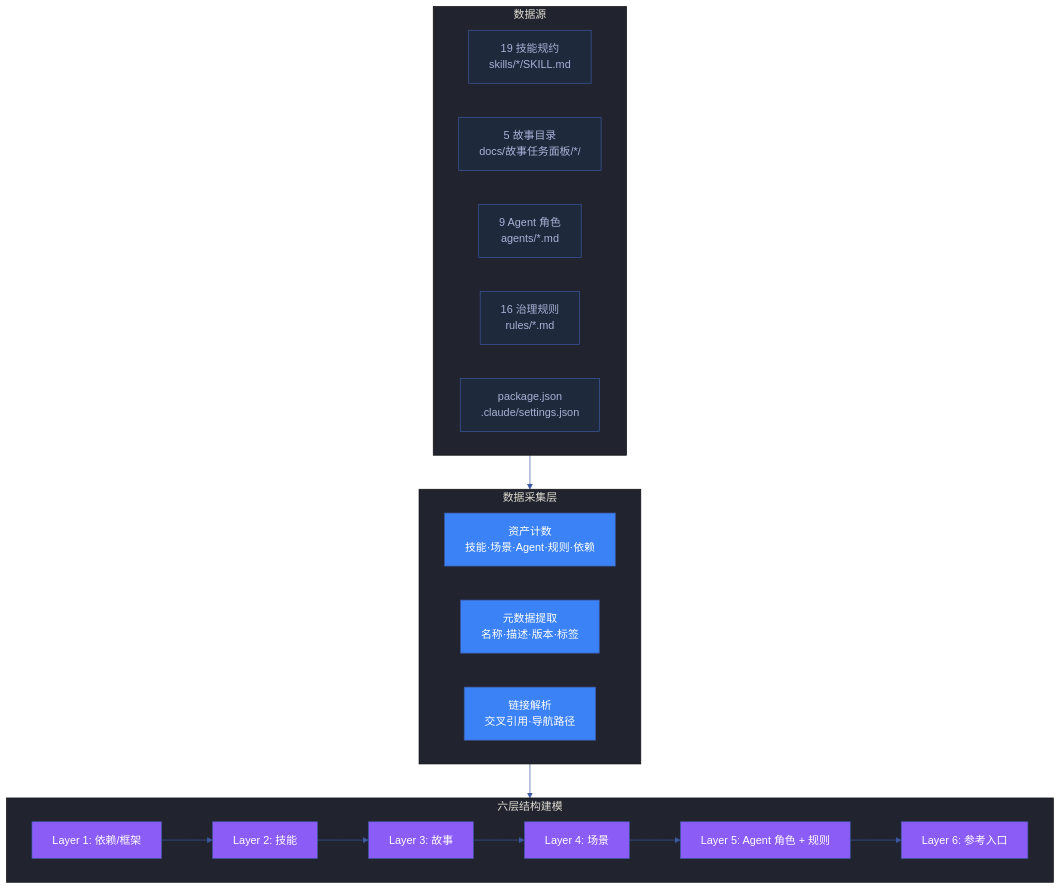
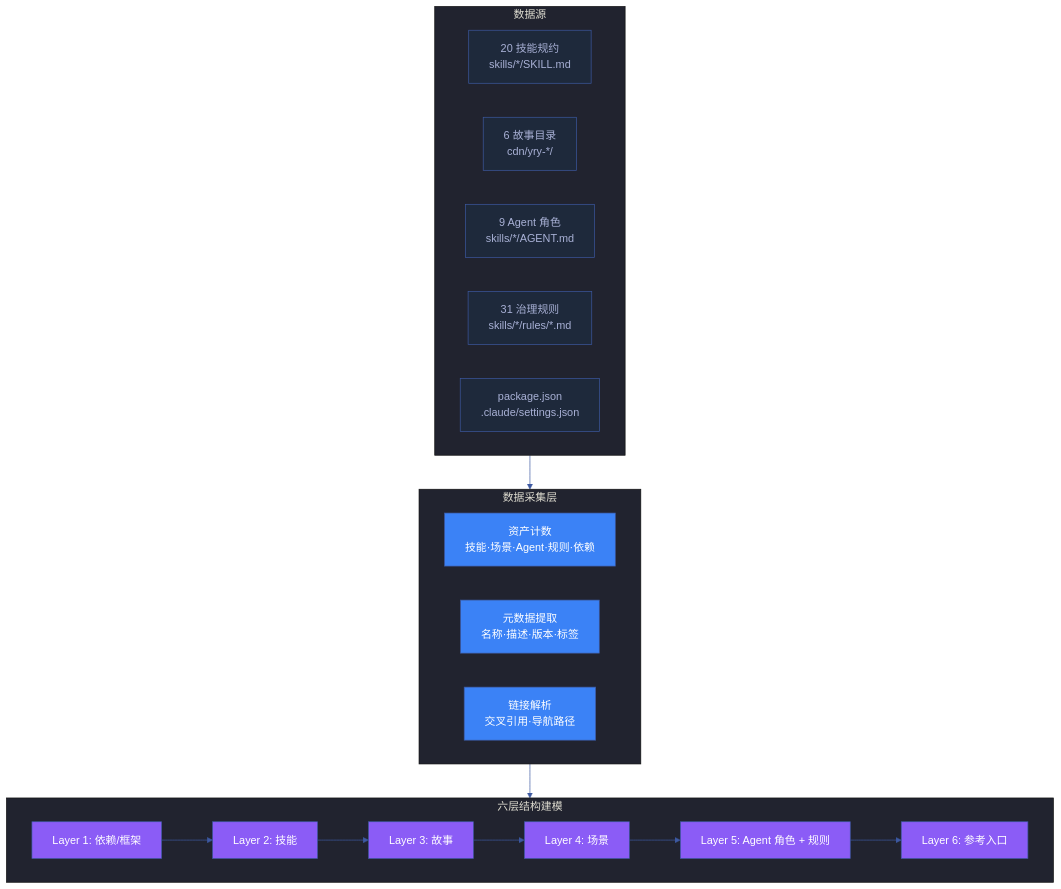
One commit to effiy/YrY changed the second of 4 diagrams in cdn/yry-home/scenes/故事任务.md. Above: the diagram before and after it, drawn with Mermaid. The commit also changed other lines of this file and 1028 other files, not shown here.

````diff
--- a/cdn/yry-home/scenes/故事任务.md
+++ b/cdn/yry-home/scenes/故事任务.md
@@ -87,40 +88,40 @@
 ```mermaid
 %%{init: {'theme': 'base', 'themeVariables': {
   'primaryColor': '#1e1f2b',
   'primaryTextColor': '#a9b1d6',
   'primaryBorderColor': '#3d59a1',
   'lineColor': '#3d59a1',
   'secondaryColor': '#2b2d3b',
   'tertiaryColor': '#21232f'
 }}}%%
 flowchart TD
     subgraph 输入["数据源"]
-        SKILL["19 技能规约<br/>skills/*/SKILL.md"]:::src
-        STORY["5 故事目录<br/>docs/故事任务面板/*/"]:::src
-        AGENT["9 Agent 角色<br/>agents/*.md"]:::src
-        RULE["16 治理规则<br/>rules/*.md"]:::src
+        SKILL["20 技能规约<br/>skills/*/SKILL.md"]:::src
+        STORY["6 故事目录<br/>cdn/yry-*/"]:::src
+        AGENT["9 Agent 角色<br/>skills/*/AGENT.md"]:::src
+        RULE["31 治理规则<br/>skills/*/rules/*.md"]:::src
         DEPS["package.json<br/>.claude/settings.json"]:::src
     end
 
     subgraph 采集["数据采集层"]
         COUNT["资产计数<br/>技能·场景·Agent·规则·依赖"]:::proc
         META["元数据提取<br/>名称·描述·版本·标签"]:::proc
         LINK["链接解析<br/>交叉引用·导航路径"]:::proc
     end
 
     subgraph 建模["六层结构建模"]
         L1["Layer 1: 依赖/框架"]:::layer
         L2["Layer 2: 技能"]:::layer
         L3["Layer 3: 故事"]:::layer
         L4["Layer 4: 场景"]:::layer
         L5["Layer 5: Agent 角色 + 规则"]:::layer
         L6["Layer 6: 参考入口"]:::layer
         L1 --> L2 --> L3 --> L4 --> L5 --> L6
     end
 
     输入 --> 采集 --> 建模
 
     classDef src fill:#1e293b,stroke:#3d59a1,color:#a9b1d6
     classDef proc fill:#3B82F6,color:#fff
     classDef layer fill:#8B5CF6,color:#fff
 ```
````
